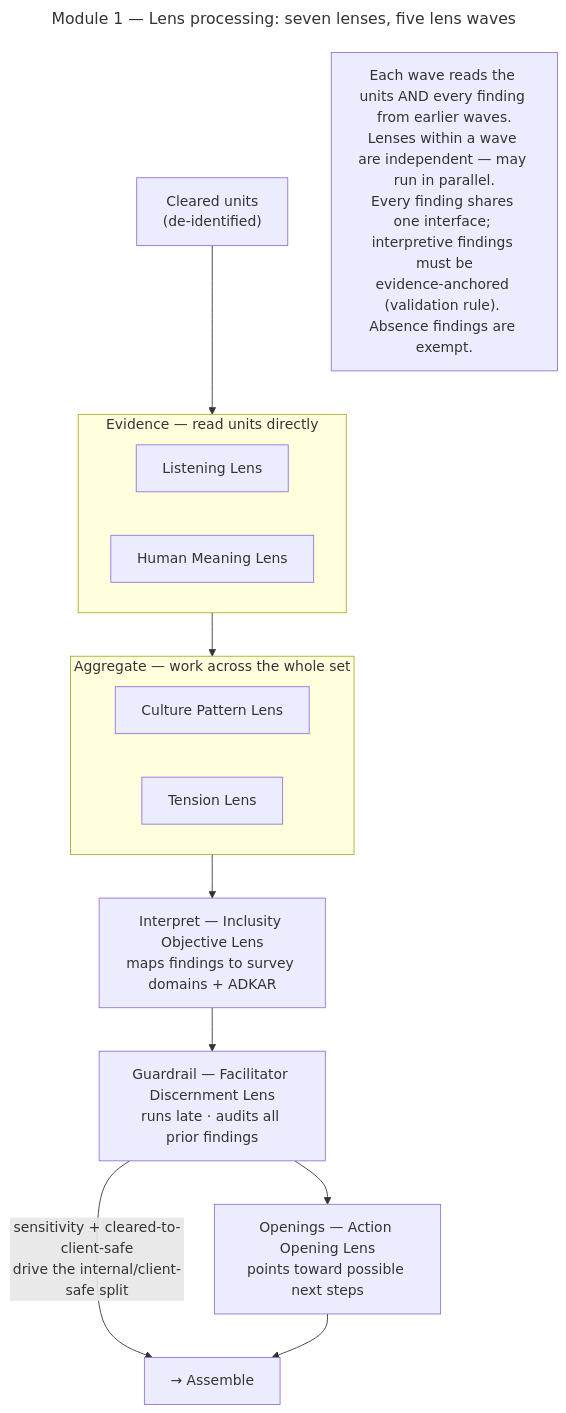
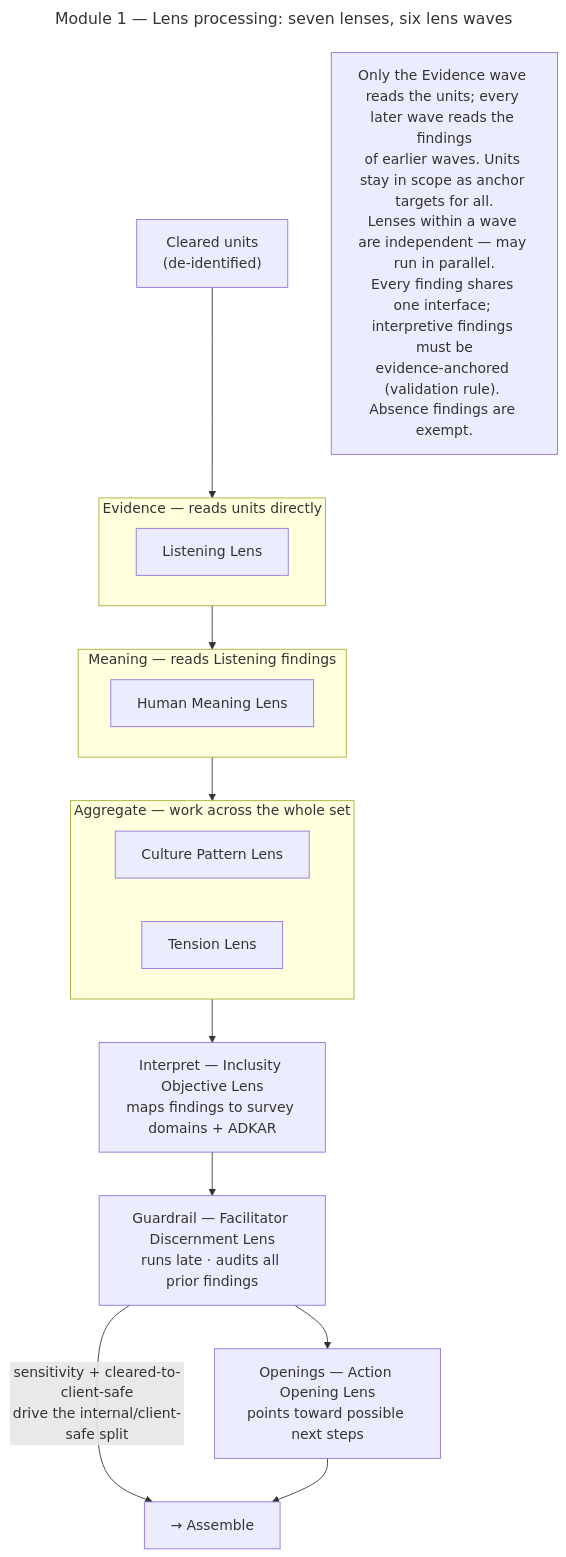
One commit to dkent600/HumanLens changed the second of 3 diagrams in docs/build_approach.md. Above: the diagram before and after it, drawn with Mermaid. The commit also changed other lines of this file and 1 other file, not shown here.

Commit message:
redesign lens waves

````diff
--- a/docs/build_approach.md
+++ b/docs/build_approach.md
@@ -830,29 +831,31 @@
 ```mermaid
 ---
-title: "Module 1 — Lens processing: seven lenses, five lens waves"
+title: "Module 1 — Lens processing: seven lenses, six lens waves"
 ---
 flowchart TD
     U["Cleared units<br/>(de-identified)"]
 
-    subgraph L1["Evidence — read units directly"]
-        direction LR
+    subgraph L1["Evidence — reads units directly"]
         LIS["Listening Lens"]
+    end
+
+    subgraph LM["Meaning — reads Listening findings"]
         HM["Human Meaning Lens"]
     end
 
     subgraph L2["Aggregate — work across the whole set"]
         direction LR
         CP["Culture Pattern Lens"]
         TEN["Tension Lens"]
     end
 
     L3["Interpret — Inclusity Objective Lens<br/>maps findings to survey domains + ADKAR"]
     L4["Guardrail — Facilitator Discernment Lens<br/>runs late · audits all prior findings"]
     L5["Openings — Action Opening Lens<br/>points toward possible next steps"]
 
-    U --> L1 --> L2 --> L3 --> L4 --> L5
+    U --> L1 --> LM --> L2 --> L3 --> L4 --> L5
     L4 -->|"sensitivity + cleared-to-client-safe<br/>drive the internal/client-safe split"| OUT["→ Assemble"]
     L5 --> OUT
 
-    NOTE["Each wave reads the units AND every finding from earlier waves.<br/>Lenses within a wave are independent — may run in parallel.<br/>Every finding shares one interface; interpretive findings must be<br/>evidence-anchored (validation rule). Absence findings are exempt."]
+    NOTE["Only the Evidence wave reads the units; every later wave reads the findings<br/>of earlier waves. Units stay in scope as anchor targets for all.<br/>Lenses within a wave are independent — may run in parallel.<br/>Every finding shares one interface; interpretive findings must be<br/>evidence-anchored (validation rule). Absence findings are exempt."]
 ```
````
